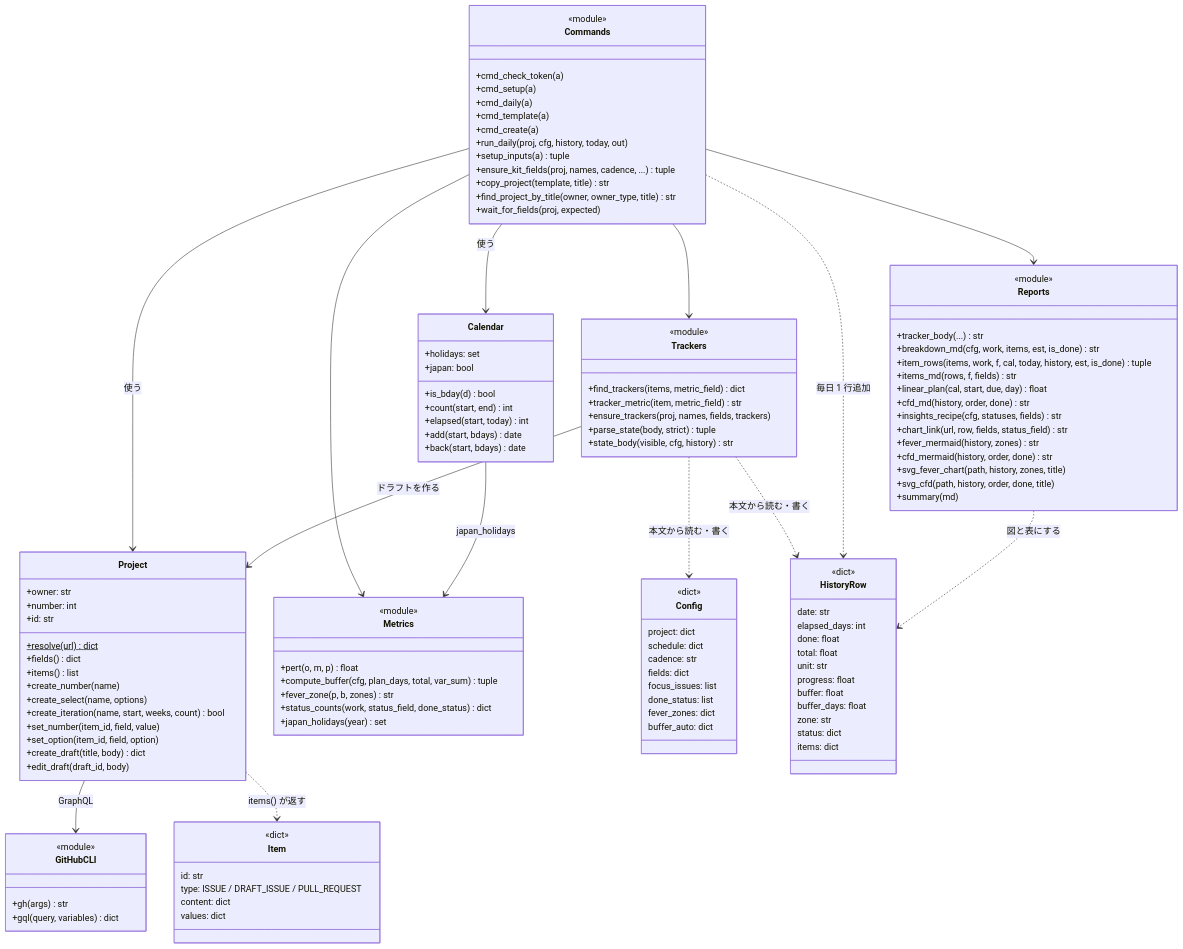
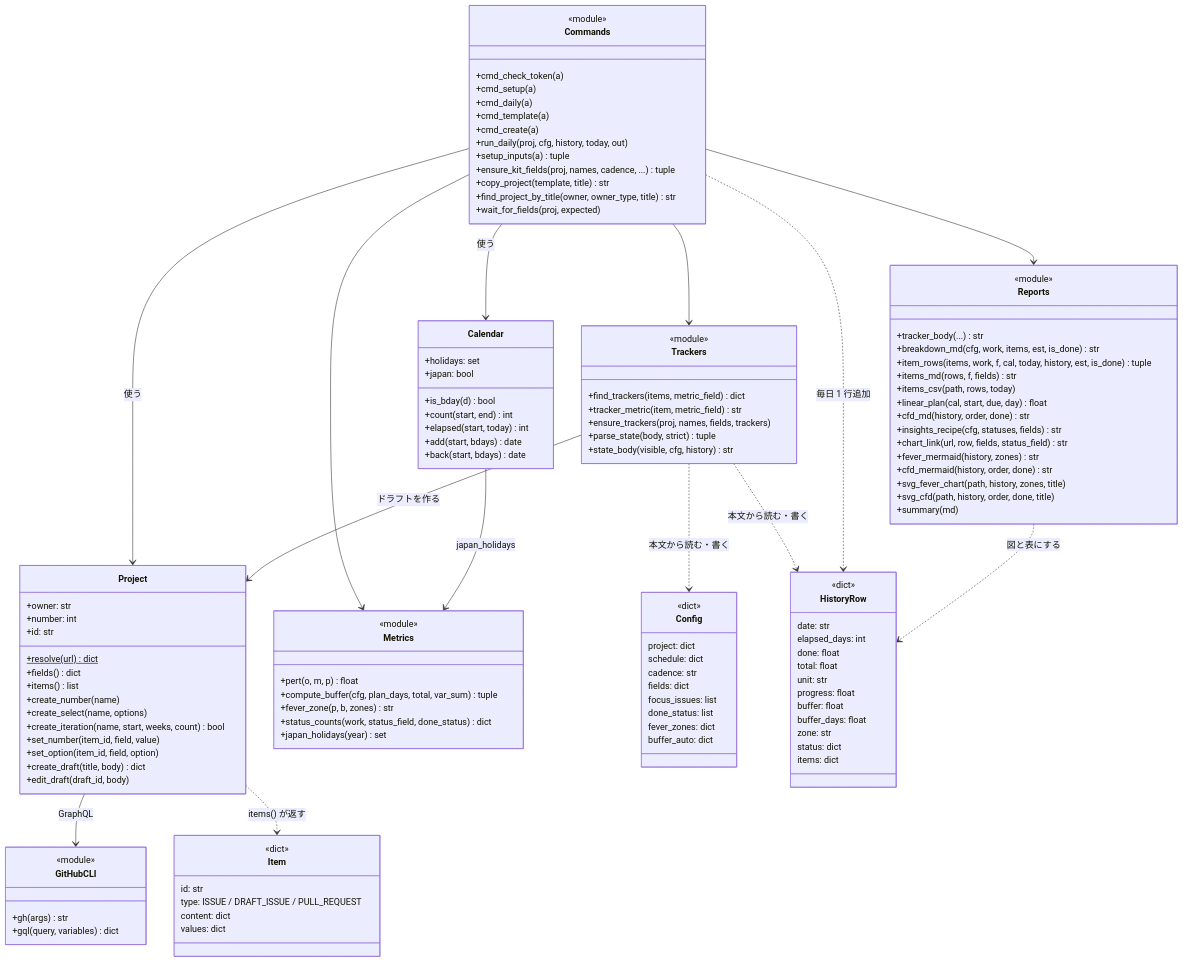
The second of 12 diagrams in docs/design.md (aztechaz357/projects-insights-kit), drawn with Mermaid before and after one commit. The commit also changed other lines of this file and 7 other files, not shown here.

```diff
--- a/docs/design.md
+++ b/docs/design.md
@@ -160,6 +171,7 @@
         +breakdown_md(cfg, work, items, est, is_done) str
         +item_rows(items, work, f, cal, today, history, est, is_done) tuple
         +items_md(rows, f, fields) str
+        +items_csv(path, rows, today)
         +linear_plan(cal, start, due, day) float
         +cfd_md(history, order, done) str
         +insights_recipe(cfg, statuses, fields) str
```
